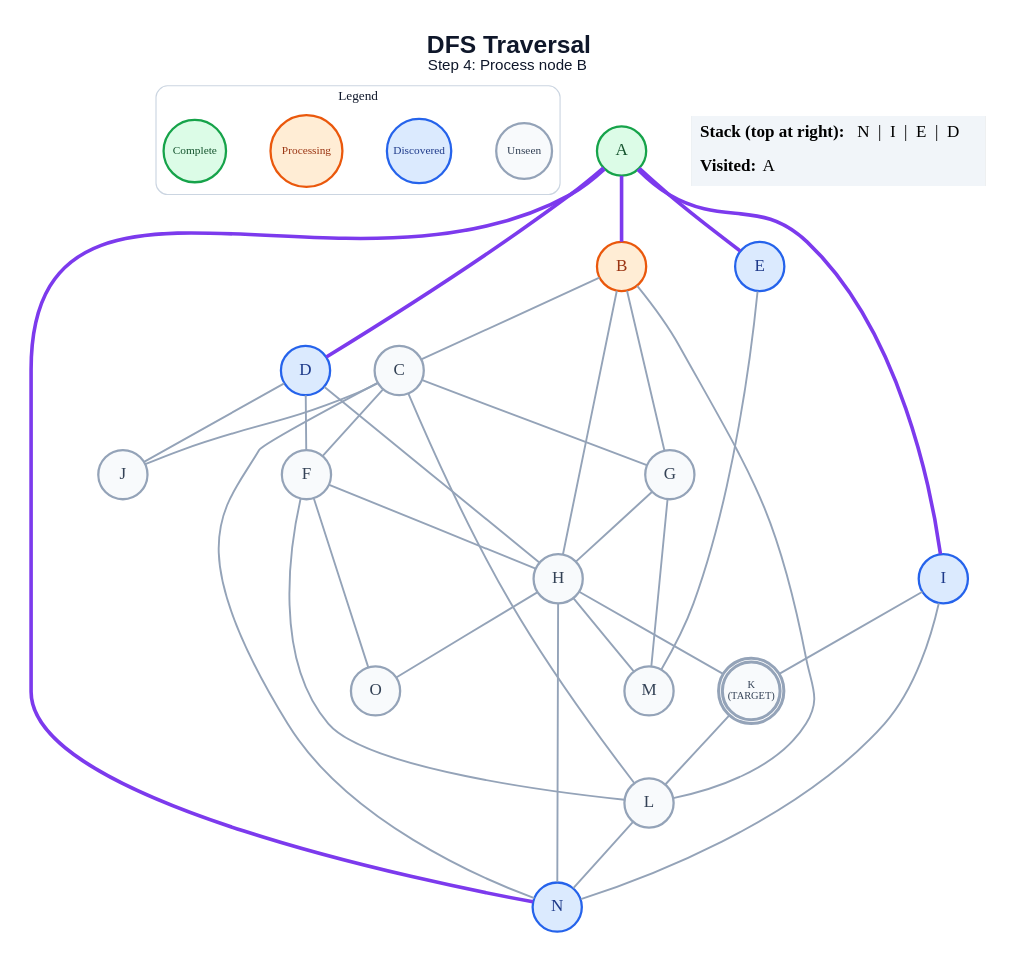
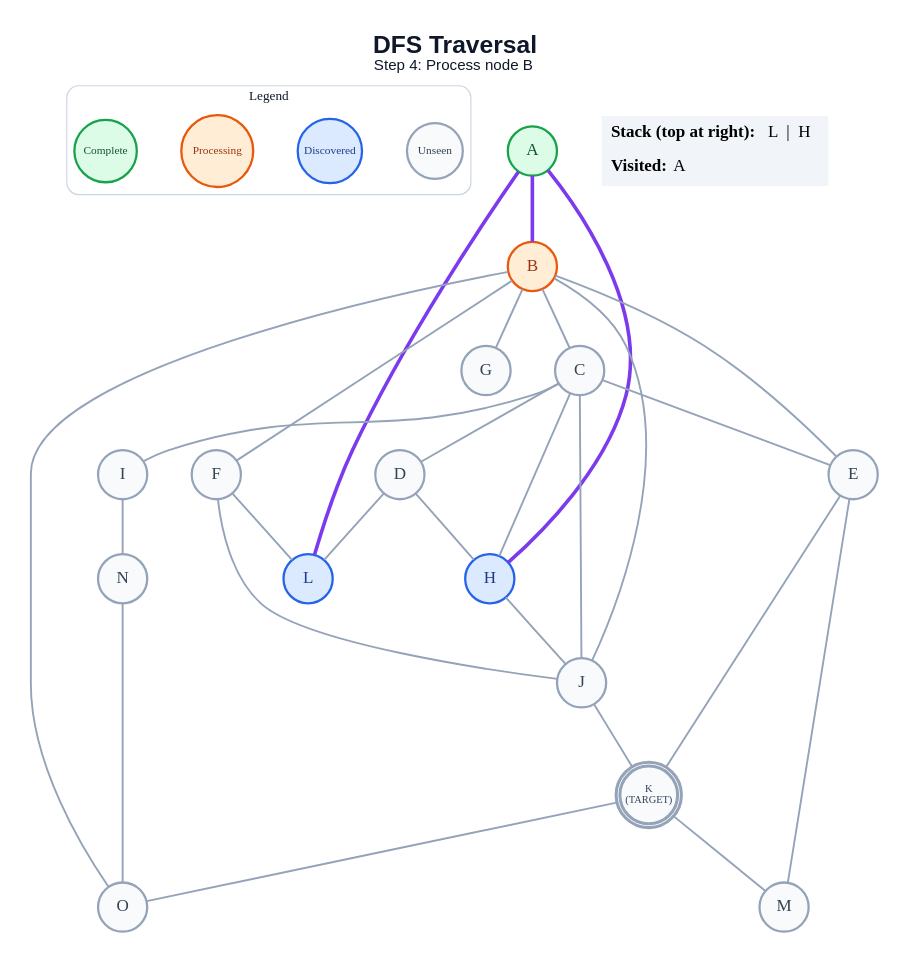
One commit to anon7238593-create/ai-slop changed the diagram in generated/specific-node/dfs/step_04.dot. Above: the diagram before and after it, drawn with Graphviz. The commit also changed 291 other files, not shown here.

```diff
--- a/generated/specific-node/dfs/step_04.dot
+++ b/generated/specific-node/dfs/step_04.dot
@@ -1,65 +1,60 @@
 graph traversal {
   graph [layout=dot, rankdir=TB, bgcolor="#FFFFFF", pad="0.35", nodesep="0.65", ranksep="0.8", fontname="Arial"];
   node [shape=circle, style="filled", fontname="Arial Bold", fontsize=18, width=0.72, fixedsize=true, penwidth=2.4];
   edge [color="#94A3B8", penwidth=2.0];
   label=<<B>DFS Traversal</B><BR/><FONT POINT-SIZE="16">Step 4: Process node B</FONT>>; labelloc="t"; fontsize=26; fontname="Arial"; fontcolor="#0F172A";
   subgraph cluster_legend { label="Legend"; color="#CBD5E1"; penwidth=1.2; style="rounded"; fontsize=14; fontname="Arial Bold";
     key_unseen [label="Unseen", fillcolor="#F8FAFC", color="#94A3B8", fontcolor="#334155", fontsize=12, width=0.82];
     key_frontier [label="Discovered", fillcolor="#DBEAFE", color="#2563EB", fontcolor="#1E3A8A", fontsize=12, width=0.95];
     key_current [label="Processing", fillcolor="#FFEDD5", color="#EA580C", fontcolor="#9A3412", fontsize=12, width=1.05];
     key_done [label="Complete", fillcolor="#DCFCE7", color="#16A34A", fontcolor="#14532D", fontsize=12, width=0.92];
     { rank=same; key_unseen; key_frontier; key_current; key_done; }
   }
   A [label="A", fillcolor="#DCFCE7", color="#16A34A", fontcolor="#14532D", peripheries=1, penwidth=2.4];
   B [label="B", fillcolor="#FFEDD5", color="#EA580C", fontcolor="#9A3412", peripheries=1, penwidth=2.4];
   C [label="C", fillcolor="#F8FAFC", color="#94A3B8", fontcolor="#334155", peripheries=1, penwidth=2.4];
-  D [label="D", fillcolor="#DBEAFE", color="#2563EB", fontcolor="#1E3A8A", peripheries=1, penwidth=2.4];
-  E [label="E", fillcolor="#DBEAFE", color="#2563EB", fontcolor="#1E3A8A", peripheries=1, penwidth=2.4];
+  D [label="D", fillcolor="#F8FAFC", color="#94A3B8", fontcolor="#334155", peripheries=1, penwidth=2.4];
+  E [label="E", fillcolor="#F8FAFC", color="#94A3B8", fontcolor="#334155", peripheries=1, penwidth=2.4];
   F [label="F", fillcolor="#F8FAFC", color="#94A3B8", fontcolor="#334155", peripheries=1, penwidth=2.4];
   G [label="G", fillcolor="#F8FAFC", color="#94A3B8", fontcolor="#334155", peripheries=1, penwidth=2.4];
-  H [label="H", fillcolor="#F8FAFC", color="#94A3B8", fontcolor="#334155", peripheries=1, penwidth=2.4];
-  I [label="I", fillcolor="#DBEAFE", color="#2563EB", fontcolor="#1E3A8A", peripheries=1, penwidth=2.4];
+  H [label="H", fillcolor="#DBEAFE", color="#2563EB", fontcolor="#1E3A8A", peripheries=1, penwidth=2.4];
+  I [label="I", fillcolor="#F8FAFC", color="#94A3B8", fontcolor="#334155", peripheries=1, penwidth=2.4];
   J [label="J", fillcolor="#F8FAFC", color="#94A3B8", fontcolor="#334155", peripheries=1, penwidth=2.4];
   K [label="K\n(TARGET)", fillcolor="#F8FAFC", color="#94A3B8", fontcolor="#334155", peripheries=2, penwidth=3.2, fontsize=11, width=0.85, height=0.85];
-  L [label="L", fillcolor="#F8FAFC", color="#94A3B8", fontcolor="#334155", peripheries=1, penwidth=2.4];
+  L [label="L", fillcolor="#DBEAFE", color="#2563EB", fontcolor="#1E3A8A", peripheries=1, penwidth=2.4];
   M [label="M", fillcolor="#F8FAFC", color="#94A3B8", fontcolor="#334155", peripheries=1, penwidth=2.4];
-  N [label="N", fillcolor="#DBEAFE", color="#2563EB", fontcolor="#1E3A8A", peripheries=1, penwidth=2.4];
+  N [label="N", fillcolor="#F8FAFC", color="#94A3B8", fontcolor="#334155", peripheries=1, penwidth=2.4];
   O [label="O", fillcolor="#F8FAFC", color="#94A3B8", fontcolor="#334155", peripheries=1, penwidth=2.4];
   A -- B [color="#7C3AED", penwidth=3.8];
-  A -- D [color="#7C3AED", penwidth=3.8];
-  A -- E [color="#7C3AED", penwidth=3.8];
-  A -- I [color="#7C3AED", penwidth=3.8];
-  A -- N [color="#7C3AED", penwidth=3.8];
+  A -- H [color="#7C3AED", penwidth=3.8];
+  A -- L [color="#7C3AED", penwidth=3.8];
   B -- C;
+  B -- E;
+  B -- F;
   B -- G;
-  B -- H;
-  B -- L;
-  C -- F;
-  C -- G;
+  B -- J;
+  B -- O;
+  C -- D;
+  C -- E;
+  C -- H;
+  C -- I;
   C -- J;
-  C -- L;
-  C -- N;
-  D -- F;
   D -- H;
-  D -- J;
+  D -- L;
+  E -- K;
   E -- M;
-  F -- H;
+  F -- J;
   F -- L;
-  F -- O;
-  G -- H;
-  G -- M;
-  H -- K;
-  H -- M;
-  H -- N;
-  H -- O;
-  I -- K;
+  H -- J;
   I -- N;
-  K -- L;
-  L -- N;
+  J -- K;
+  K -- M;
+  K -- O;
+  N -- O;
   status [shape=plain, fixedsize=false, width=0, height=0, margin=0, label=<
     <TABLE BORDER="0" CELLBORDER="0" CELLPADDING="7" BGCOLOR="#F1F5F9">
-      <TR><TD ALIGN="LEFT"><B>Stack (top at right):</B> N  |  I  |  E  |  D</TD></TR>
+      <TR><TD ALIGN="LEFT"><B>Stack (top at right):</B> L  |  H</TD></TR>
       <TR><TD ALIGN="LEFT"><B>Visited:</B> A</TD></TR>
     </TABLE>
   >];
 }
```
